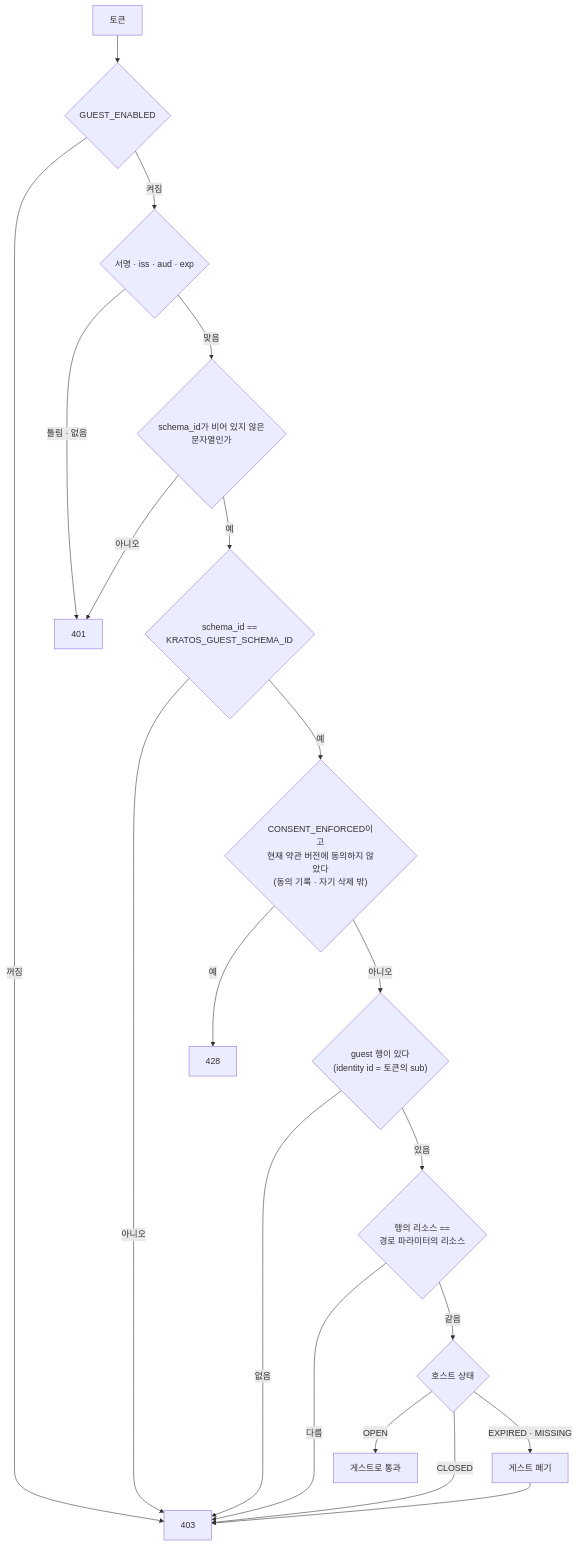
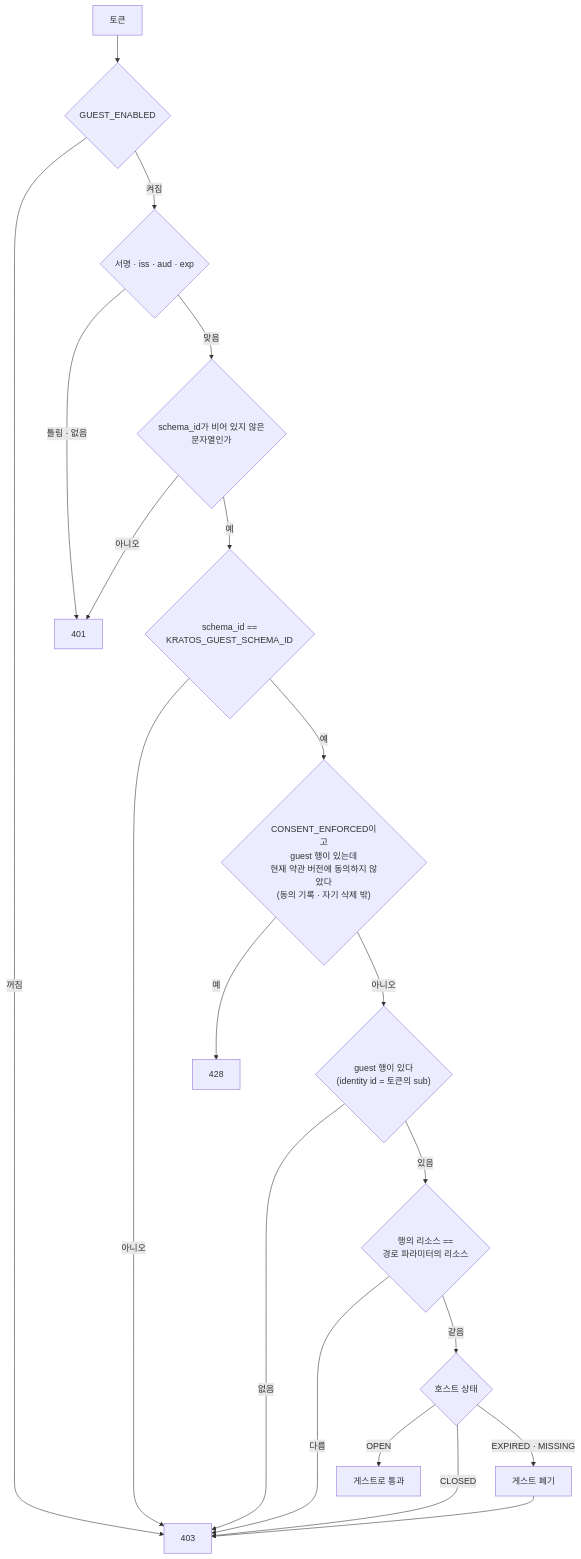
One commit to onprem-hipster-timer/backend changed the eighth of 10 diagrams in docs/guides/guest.ko.md. Above: the diagram before and after it, drawn with Mermaid. The commit also changed other lines of this file and 2 other files, not shown here.

Commit message:
fix(guest): 폐기된 게스트는 약관 동의의 428이 아니라 접근 확인의 403을 받는다

````diff
--- a/docs/guides/guest.ko.md
+++ b/docs/guides/guest.ko.md
@@ -372,21 +372,21 @@
 ```mermaid
 flowchart TD
     A["토큰"] --> B{"GUEST_ENABLED"}
     B -->|"꺼짐"| X403["403"]
     B -->|"켜짐"| C{"서명 · iss · aud · exp"}
     C -->|"틀림 · 없음"| C401["401"]
     C -->|"맞음"| S{"schema_id가 비어 있지 않은<br/>문자열인가"}
     S -->|"아니오"| C401
     S -->|"예"| D{"schema_id ==<br/>KRATOS_GUEST_SCHEMA_ID"}
     D -->|"아니오"| X403
-    D -->|"예"| CN{"CONSENT_ENFORCED이고<br/>현재 약관 버전에 동의하지 않았다<br/>(동의 기록 · 자기 삭제 밖)"}
+    D -->|"예"| CN{"CONSENT_ENFORCED이고<br/>guest 행이 있는데<br/>현재 약관 버전에 동의하지 않았다<br/>(동의 기록 · 자기 삭제 밖)"}
     CN -->|"예"| X428["428"]
     CN -->|"아니오"| E{"guest 행이 있다<br/>(identity id = 토큰의 sub)"}
     E -->|"없음"| X403
     E -->|"있음"| F{"행의 리소스 ==<br/>경로 파라미터의 리소스"}
     F -->|"다름"| X403
     F -->|"같음"| G{"호스트 상태"}
     G -->|"OPEN"| OK["게스트로 통과"]
     G -->|"CLOSED"| X403
     G -->|"EXPIRED · MISSING"| H["게스트 폐기"] --> X403
 ```
````
